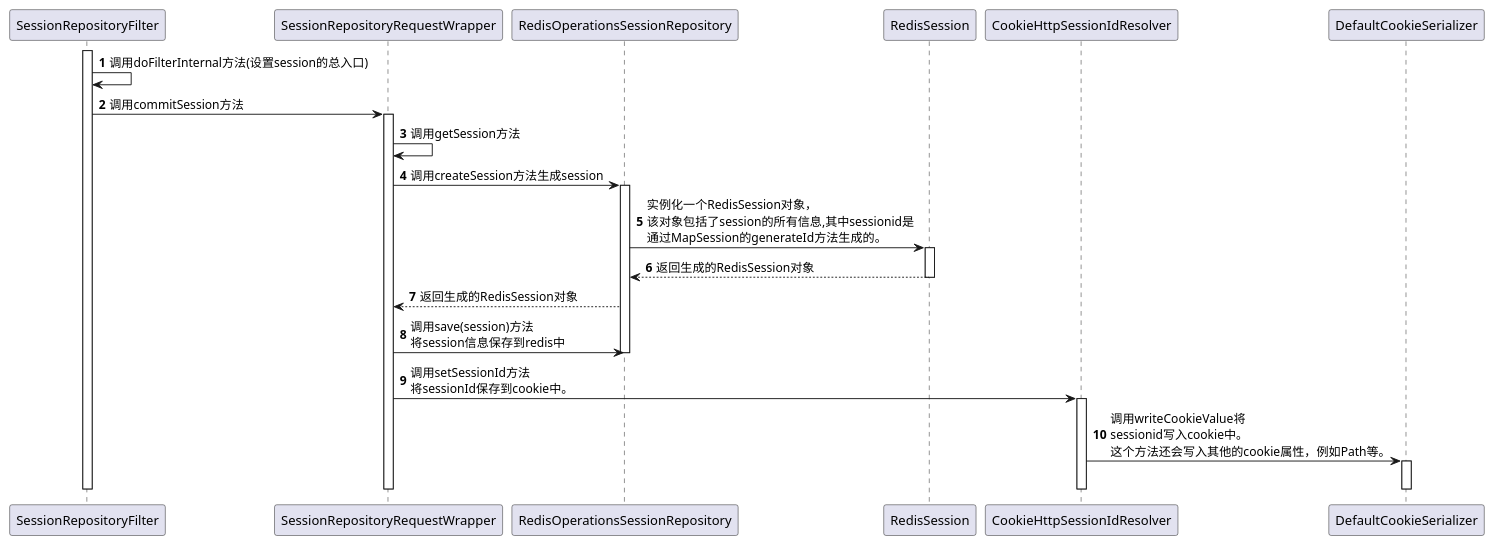
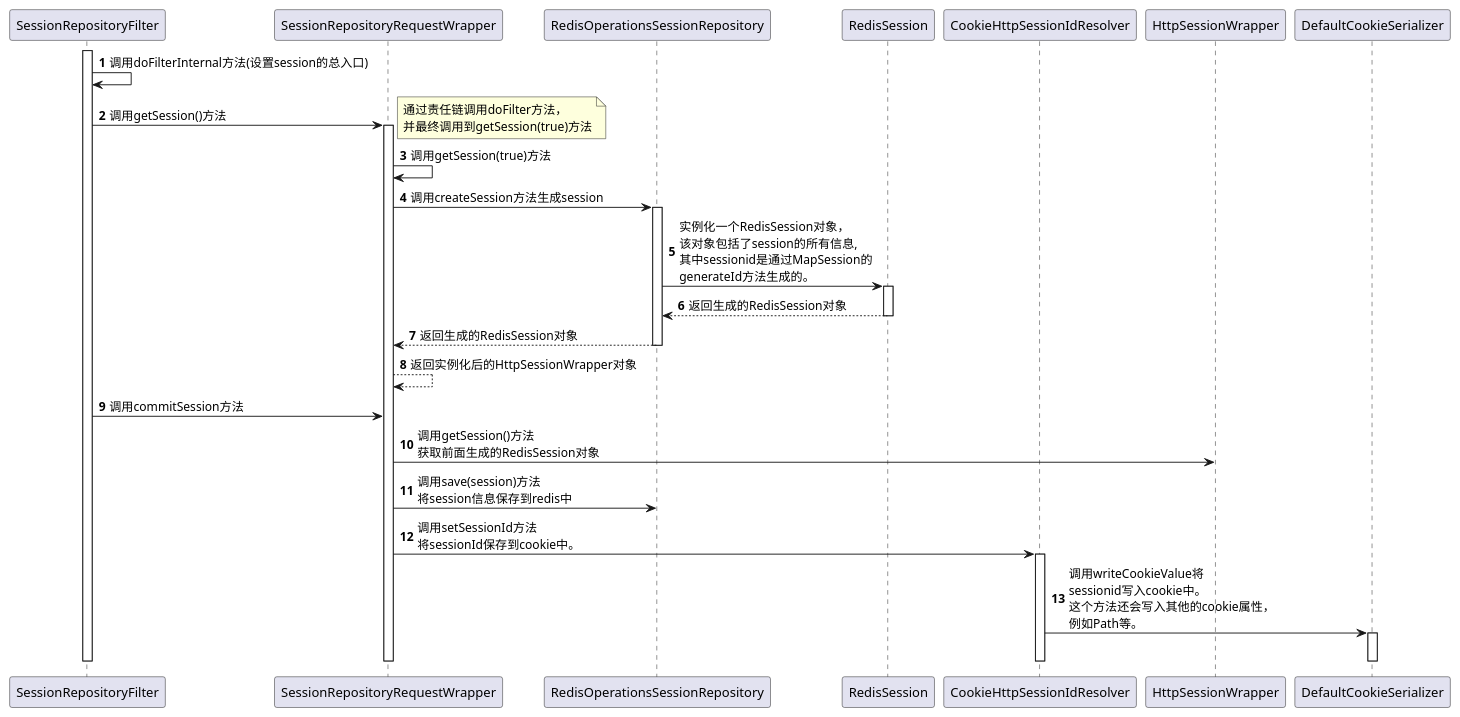
The diagram in src/main/doc/生成session并保存到cookie的过程.puml (XWxiaowei/spring-boot-session-demo), drawn with PlantUML before and after one commit. The commit also changed 1 other file, not shown here.

```diff
--- a/src/main/doc/生成session并保存到cookie的过程.puml
+++ b/src/main/doc/生成session并保存到cookie的过程.puml
@@ -1,31 +1,35 @@
 @startuml
 participant SessionRepositoryFilter
 participant SessionRepositoryRequestWrapper
 participant RedisOperationsSessionRepository
 participant RedisSession
 participant CookieHttpSessionIdResolver
 
 autonumber
 activate SessionRepositoryFilter
 SessionRepositoryFilter -> SessionRepositoryFilter: 调用doFilterInternal方法(设置session的总入口)
-SessionRepositoryFilter -> SessionRepositoryRequestWrapper: 调用commitSession方法
+SessionRepositoryFilter -> SessionRepositoryRequestWrapper: 调用getSession()方法
 activate SessionRepositoryRequestWrapper
-SessionRepositoryRequestWrapper -> SessionRepositoryRequestWrapper:调用getSession方法
+note right: 通过责任链调用doFilter方法，\n并最终调用到getSession(true)方法
+SessionRepositoryRequestWrapper -> SessionRepositoryRequestWrapper: 调用getSession(true)方法
 SessionRepositoryRequestWrapper -> RedisOperationsSessionRepository: 调用createSession方法生成session
 activate RedisOperationsSessionRepository
-RedisOperationsSessionRepository -> RedisSession: 实例化一个RedisSession对象，\n该对象包括了session的所有信息,其中sessionid是\n通过MapSession的generateId方法生成的。
+RedisOperationsSessionRepository -> RedisSession: 实例化一个RedisSession对象，\n该对象包括了session的所有信息,\n其中sessionid是通过MapSession的\ngenerateId方法生成的。
 activate RedisSession
 RedisSession -->RedisOperationsSessionRepository: 返回生成的RedisSession对象
 deactivate RedisSession
 RedisOperationsSessionRepository --> SessionRepositoryRequestWrapper:返回生成的RedisSession对象
+deactivate RedisOperationsSessionRepository
+SessionRepositoryRequestWrapper--> SessionRepositoryRequestWrapper: 返回实例化后的HttpSessionWrapper对象
+SessionRepositoryFilter -> SessionRepositoryRequestWrapper: 调用commitSession方法
+SessionRepositoryRequestWrapper -> HttpSessionWrapper: 调用getSession()方法\n获取前面生成的RedisSession对象
 SessionRepositoryRequestWrapper -> RedisOperationsSessionRepository: 调用save(session)方法\n将session信息保存到redis中
-deactivate RedisOperationsSessionRepository
 SessionRepositoryRequestWrapper -> CookieHttpSessionIdResolver: 调用setSessionId方法\n将sessionId保存到cookie中。
 activate CookieHttpSessionIdResolver
-CookieHttpSessionIdResolver -> DefaultCookieSerializer: 调用writeCookieValue将\nsessionid写入cookie中。\n这个方法还会写入其他的cookie属性，例如Path等。
+CookieHttpSessionIdResolver -> DefaultCookieSerializer: 调用writeCookieValue将\nsessionid写入cookie中。\n这个方法还会写入其他的cookie属性，\n例如Path等。
 activate DefaultCookieSerializer
 deactivate DefaultCookieSerializer
 deactivate CookieHttpSessionIdResolver
 deactivate SessionRepositoryRequestWrapper
 deactivate SessionRepositoryFilter
 @enduml
```
